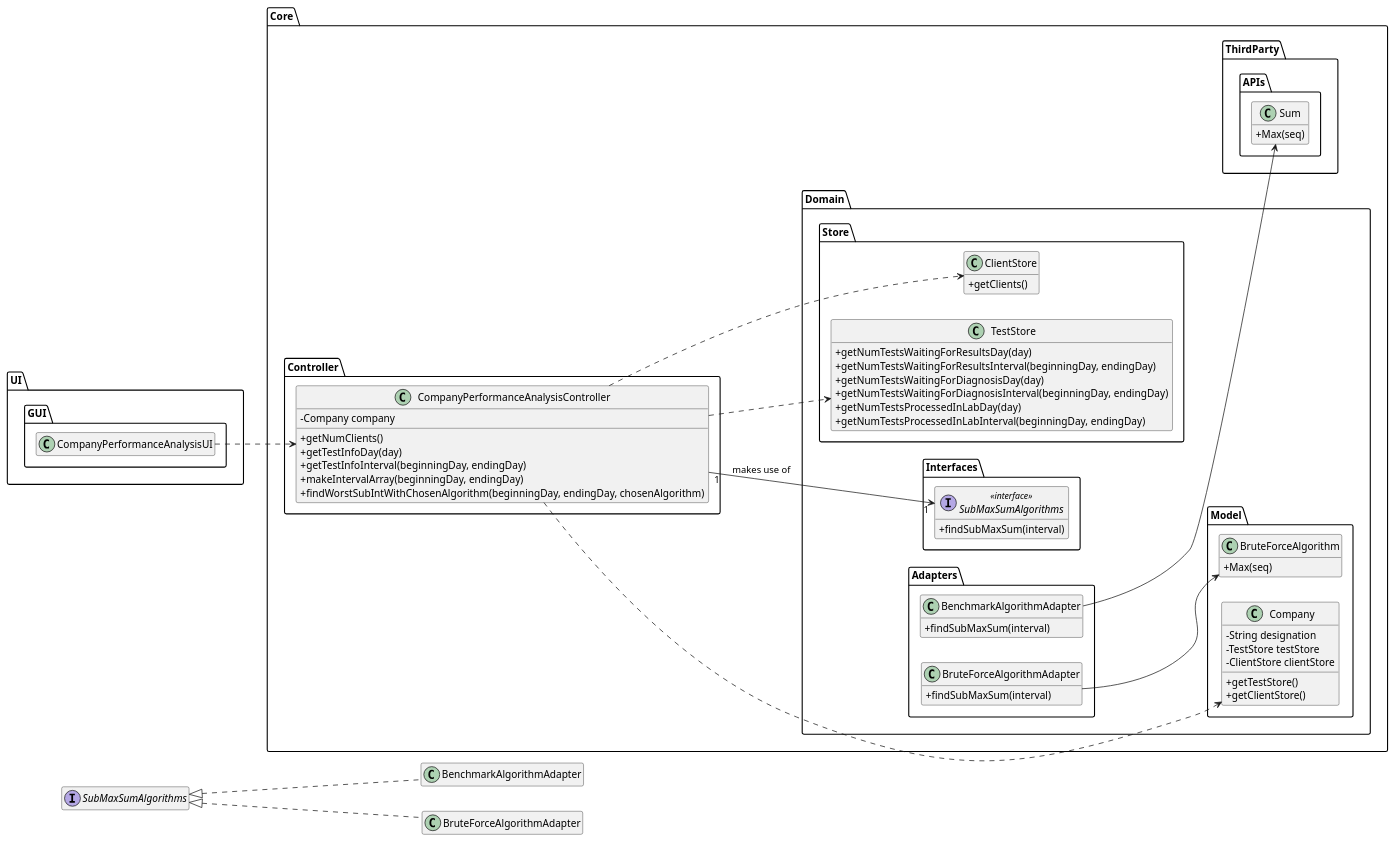
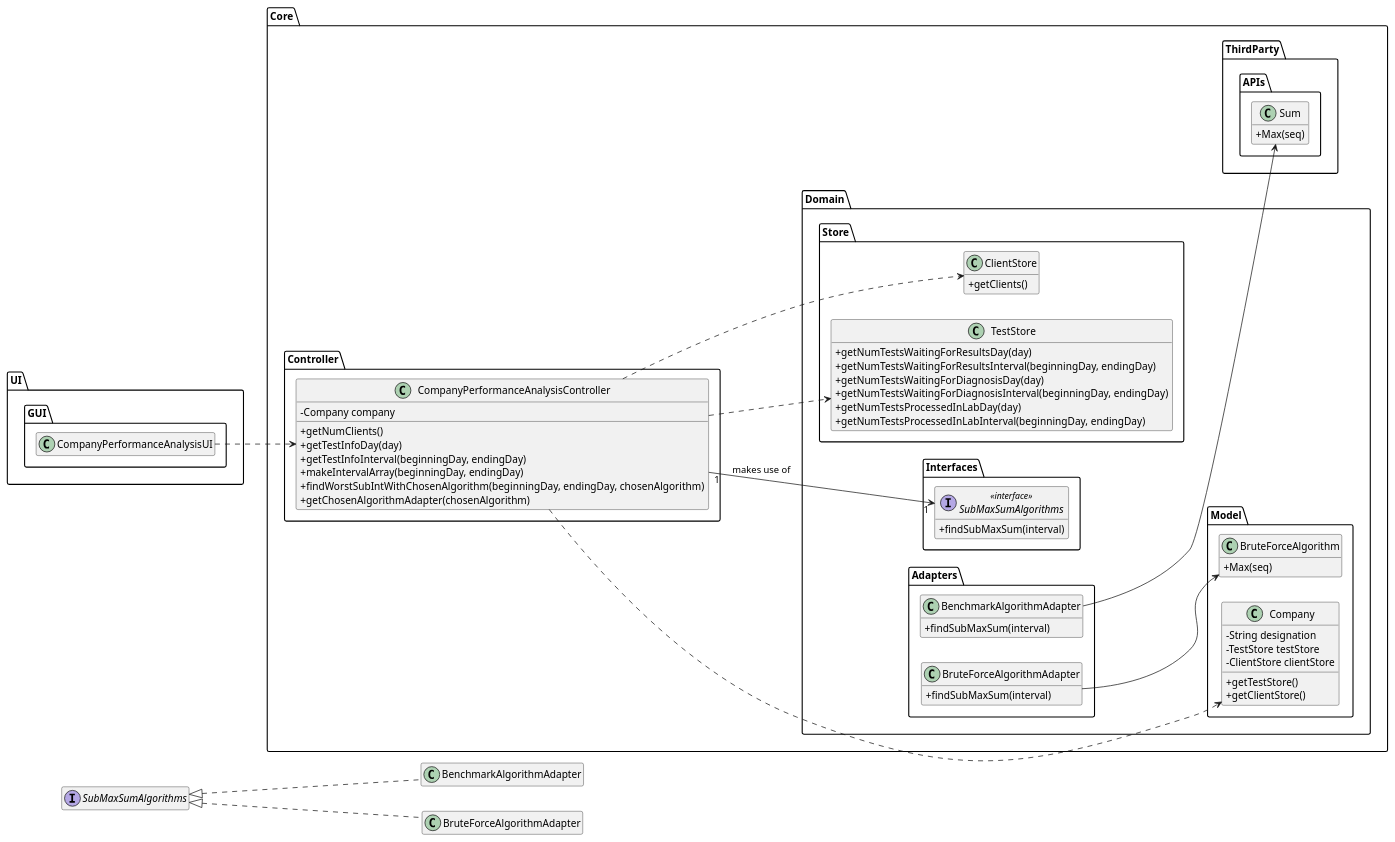
The diagram in docs/SprintD/US_16/US16_CD_WithPackages.puml (ana-albergaria/LAPR2-ISEP), drawn with PlantUML before and after one commit. The commit also changed 8 other files, not shown here.

Commit message:
Updated US16 Diagrams and US16 Code.

```diff
--- a/docs/SprintD/US_16/US16_CD_WithPackages.puml
+++ b/docs/SprintD/US_16/US16_CD_WithPackages.puml
@@ -1,116 +1,117 @@
 @startuml
 'skinparam linetype ortho
 hide empty methods
 hide empty attributes
 left to right direction
 skinparam classAttributeIconSize 0
 
 package Core{
 
 package Domain {
 
 package Model{
 
 class Company {
     -String designation
     -TestStore testStore
     -ClientStore clientStore
     +getTestStore()
     +getClientStore()
 }
 
 class BruteForceAlgorithm{
     +Max(seq)
 }
 
 }
 
 package Interfaces {
 
 interface SubMaxSumAlgorithms <<interface>> {
     +findSubMaxSum(interval)
 }
 
 }
 
 package Store {
 
 class TestStore {
     +getNumTestsWaitingForResultsDay(day)
     +getNumTestsWaitingForResultsInterval(beginningDay, endingDay)
     +getNumTestsWaitingForDiagnosisDay(day)
     +getNumTestsWaitingForDiagnosisInterval(beginningDay, endingDay)
     +getNumTestsProcessedInLabDay(day)
     +getNumTestsProcessedInLabInterval(beginningDay, endingDay)
 }
 
 class ClientStore {
     +getClients()
 }
 
 }
 
 package Adapters{
 
 class BenchmarkAlgorithmAdapter{
     +findSubMaxSum(interval)
 }
 
 class BruteForceAlgorithmAdapter{
     +findSubMaxSum(interval)
 }
 
 }
 
 }
 
 package Controller {
 
 class CompanyPerformanceAnalysisController{
     -Company company
     +getNumClients()
     +getTestInfoDay(day)
     +getTestInfoInterval(beginningDay, endingDay)
     +makeIntervalArray(beginningDay, endingDay)
     +findWorstSubIntWithChosenAlgorithm(beginningDay, endingDay, chosenAlgorithm)
+    +getChosenAlgorithmAdapter(chosenAlgorithm)
 }
 
 }
 
 package ThirdParty{
 
 package APIs {
 
 class Sum{
     +Max(seq)
 }
 
 }
 
 }
 
 }
 
 package UI {
 
 package GUI{
 
 class CompanyPerformanceAnalysisUI{
 }
 
 }
 
 }
 
 CompanyPerformanceAnalysisUI ..> CompanyPerformanceAnalysisController
 CompanyPerformanceAnalysisController ..> Company
 CompanyPerformanceAnalysisController ..> ClientStore
 CompanyPerformanceAnalysisController ..> TestStore
 CompanyPerformanceAnalysisController "1" --> "1" SubMaxSumAlgorithms : makes use of
 BenchmarkAlgorithmAdapter --> Sum
 BruteForceAlgorithmAdapter --> BruteForceAlgorithm
 
 class BenchmarkAlgorithmAdapter implements SubMaxSumAlgorithms
 class BruteForceAlgorithmAdapter implements SubMaxSumAlgorithms
 
 @enduml
```
